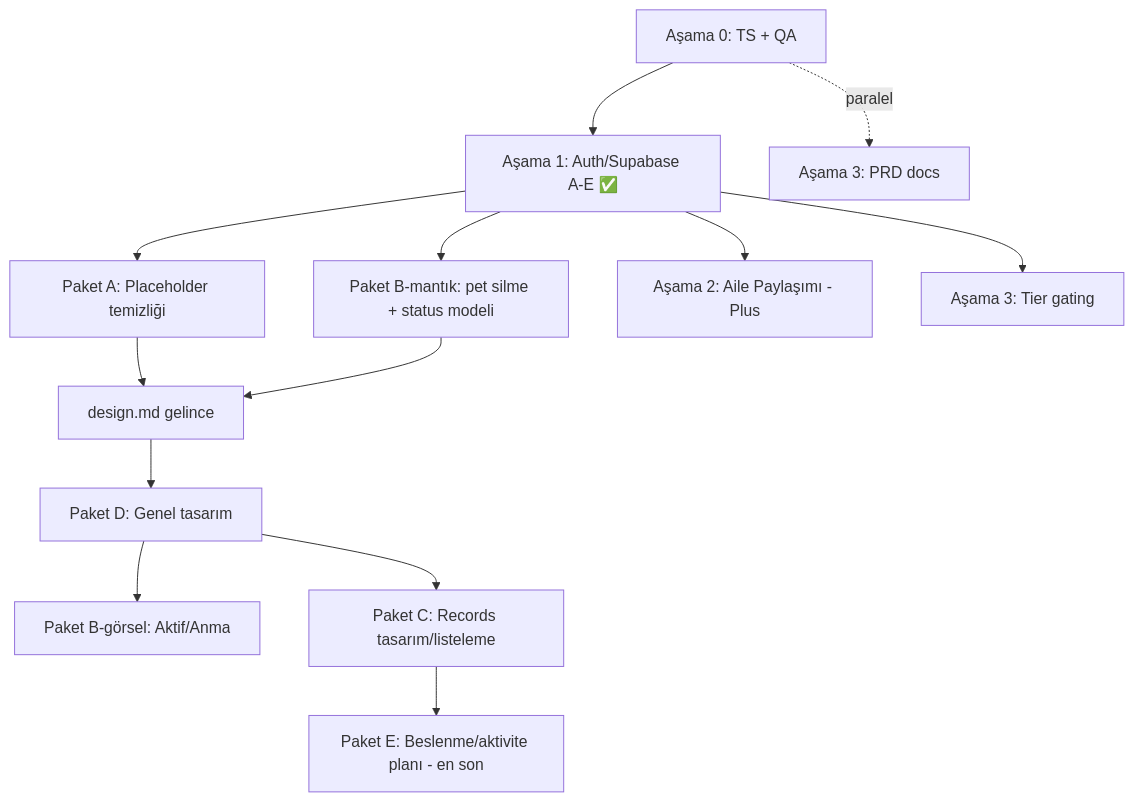
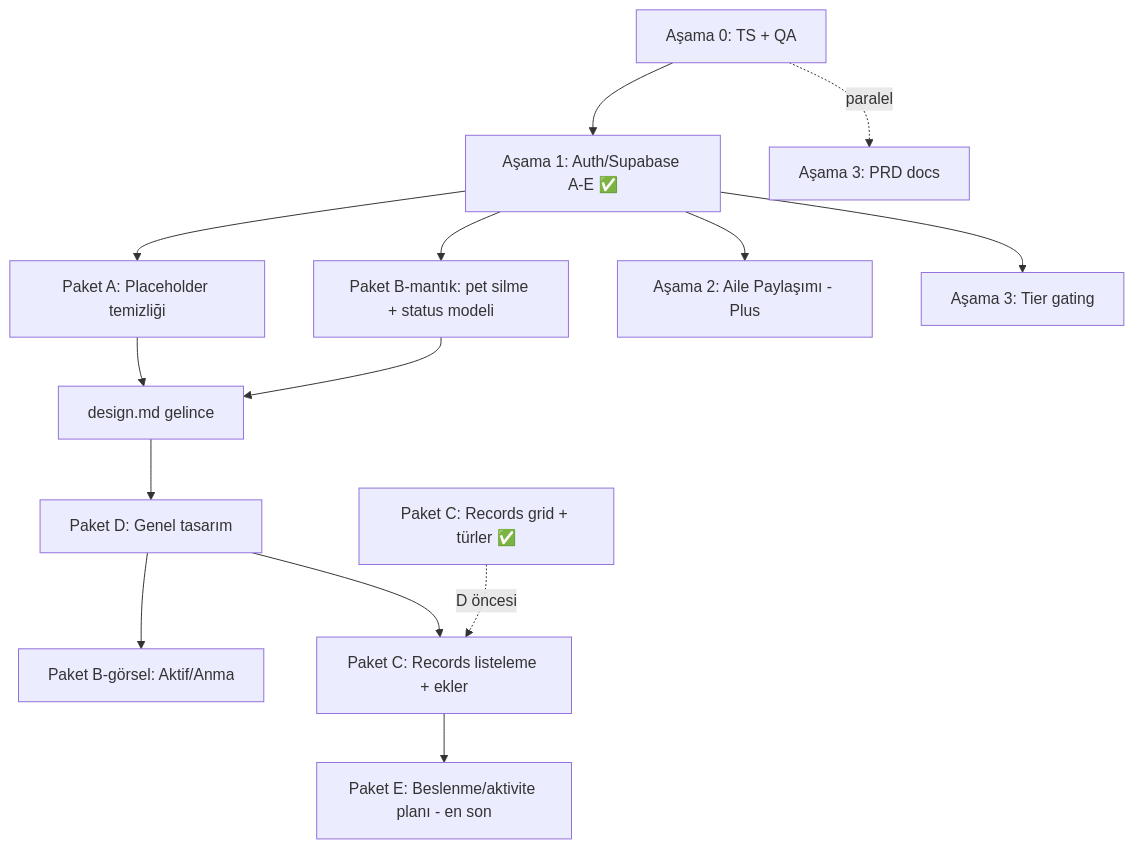
The diagram in tasks/is-plani.md (cengelcan/lulu-app), drawn with Mermaid before and after one commit. The commit also changed other lines of this file and 4 other files, not shown here.

First line of the commit message:
feat(records): align grid icon colors with reference and shorten test label

````diff
--- a/tasks/is-plani.md
+++ b/tasks/is-plani.md
@@ -28,15 +28,16 @@
 ```mermaid
 flowchart TD
   A0[Aşama 0: TS + QA] --> A1[Aşama 1: Auth/Supabase A-E ✅]
   A1 --> PA[Paket A: Placeholder temizliği]
   A1 --> PBlogic[Paket B-mantık: pet silme + status modeli]
   PA --> DESIGN[design.md gelince]
   PBlogic --> DESIGN
   DESIGN --> PD[Paket D: Genel tasarım]
   PD --> PBui[Paket B-görsel: Aktif/Anma]
-  PD --> PC[Paket C: Records tasarım/listeleme]
+  PD --> PCrest[Paket C: Records listeleme + ekler]
+  PCgrid[Paket C: Records grid + türler ✅] -.D öncesi.-> PCrest
   A1 --> A2[Aşama 2: Aile Paylaşımı - Plus]
   A1 --> A3a[Aşama 3: Tier gating]
   A0 -.paralel.-> A3b[Aşama 3: PRD docs]
-  PC --> PE[Paket E: Beslenme/aktivite planı - en son]
+  PCrest --> PE[Paket E: Beslenme/aktivite planı - en son]
 ```
````
